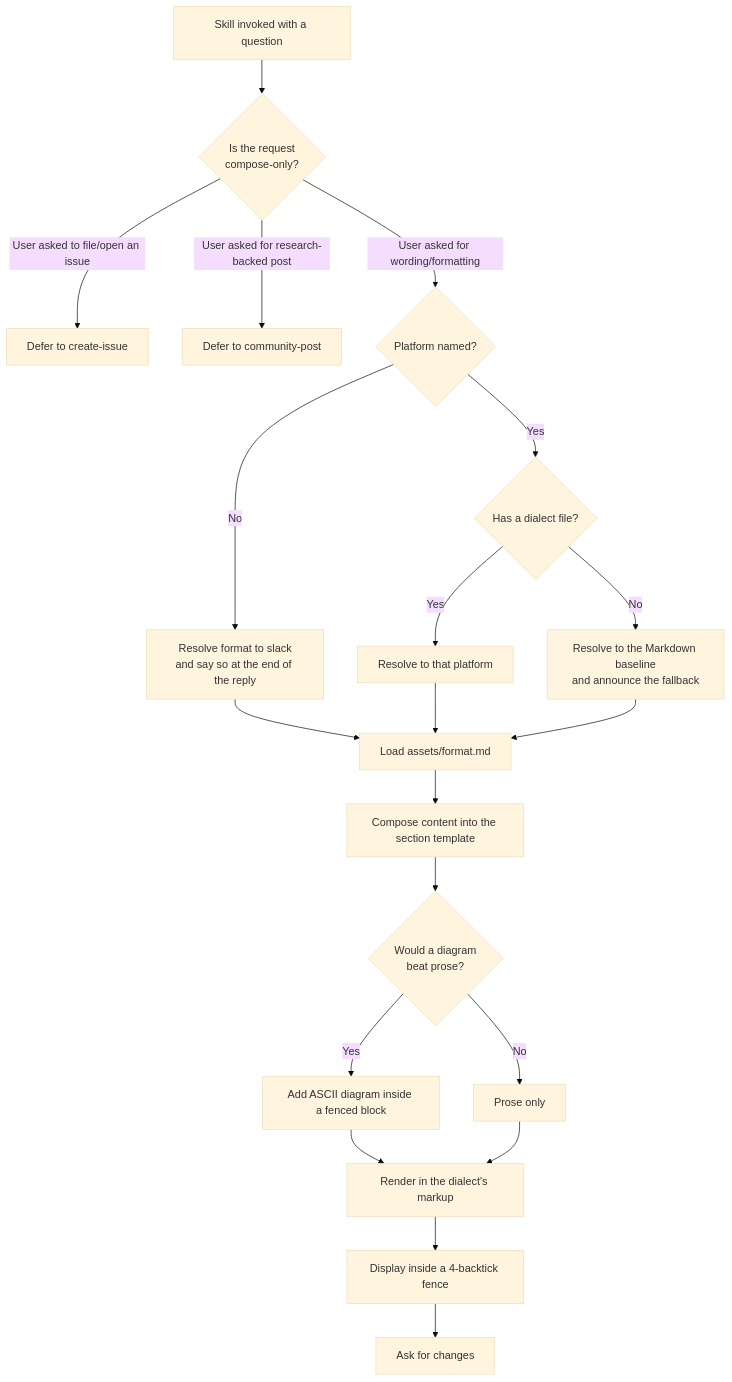
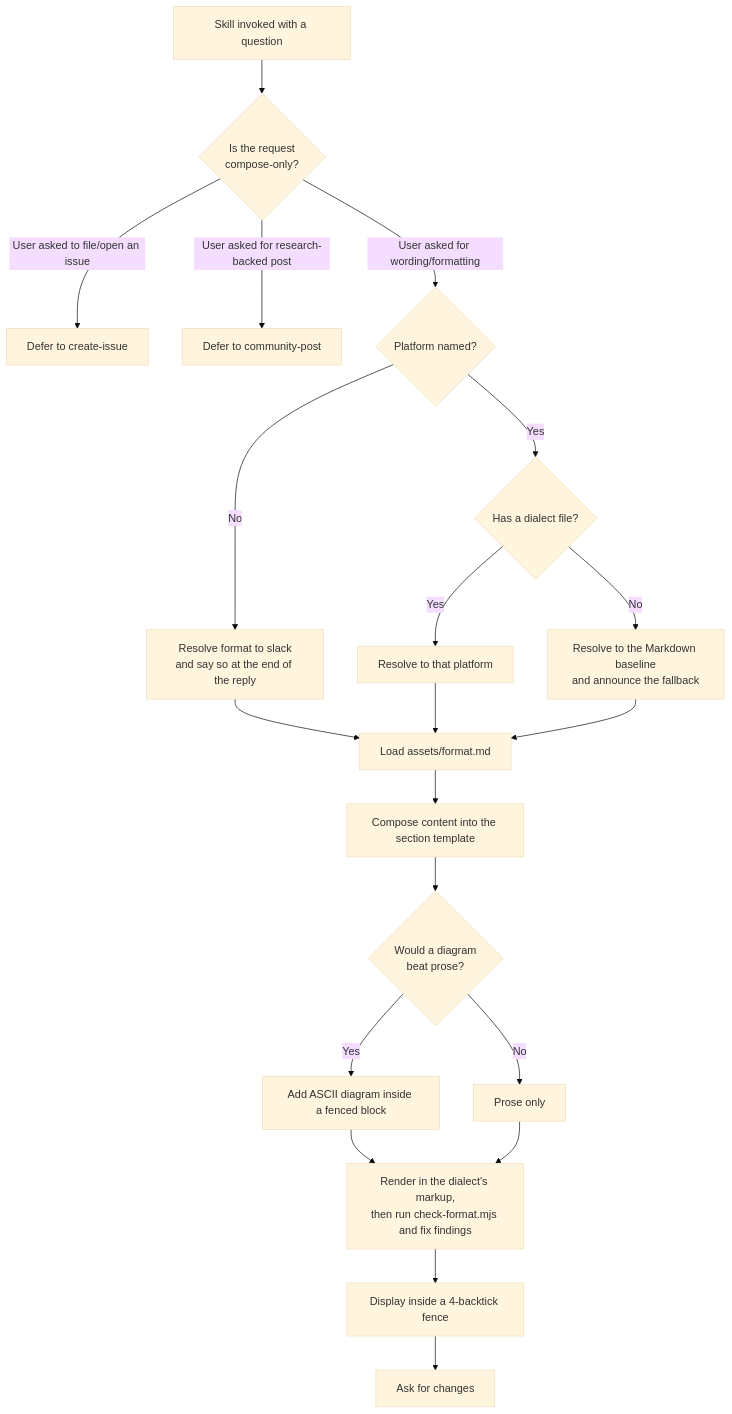
One commit to repobuddy/repobuddy changed the first of 2 diagrams in .agents/spec/agent-skills/to-question/README.md. Above: the diagram before and after it, drawn with Mermaid (base theme). The commit also changed other lines of this file and 5 other files, not shown here.

````diff
--- a/.agents/spec/agent-skills/to-question/README.md
+++ b/.agents/spec/agent-skills/to-question/README.md
@@ -134,22 +134,22 @@
 ```mermaid
 graph TD
     A[Skill invoked with a question] --> B{Is the request<br/>compose-only?}
     B -->|User asked to file/open an issue| C[Defer to create-issue]
     B -->|User asked for research-backed post| D[Defer to community-post]
     B -->|User asked for wording/formatting| E{Platform named?}
     E -->|No| F[Resolve format to slack<br/>and say so at the end of the reply]
     E -->|Yes| G{Has a dialect file?}
     G -->|Yes| G1[Resolve to that platform]
     G -->|No| G2[Resolve to the Markdown baseline<br/>and announce the fallback]
     F --> H[Load assets/format.md]
     G1 --> H
     G2 --> H
     H --> I[Compose content into the section template]
     I --> J{Would a diagram<br/>beat prose?}
     J -->|Yes| K[Add ASCII diagram inside a fenced block]
     J -->|No| L[Prose only]
-    K --> M[Render in the dialect's markup]
+    K --> M[Render in the dialect's markup,<br/>then run check-format.mjs and fix findings]
     L --> M
     M --> N[Display inside a 4-backtick fence]
     N --> O[Ask for changes]
 ```
````
